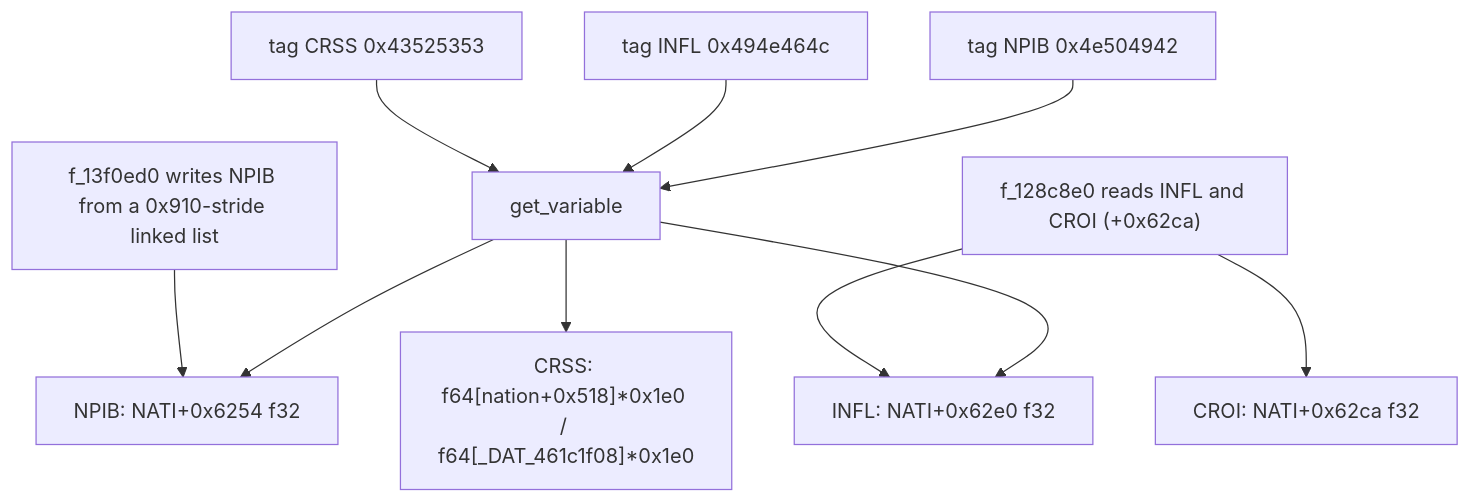
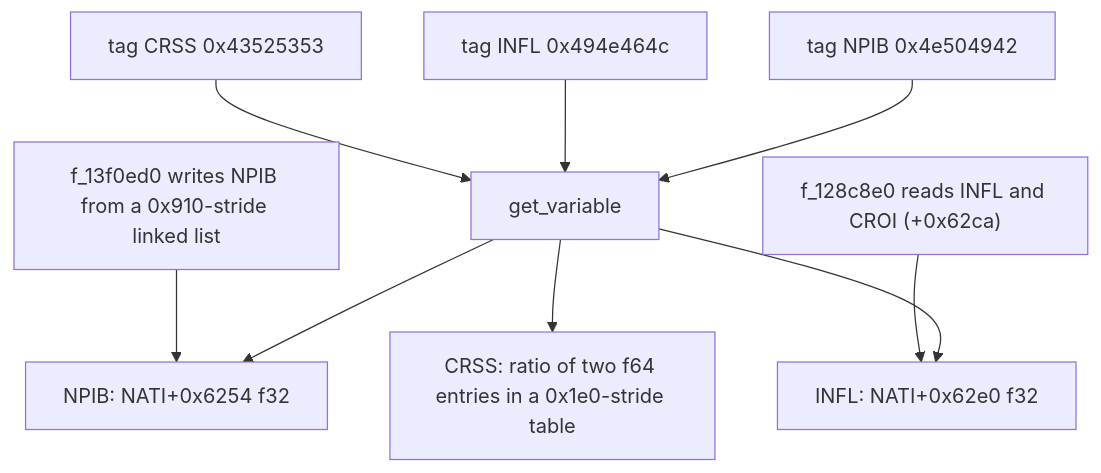
The eighth of 8 diagrams in 02_ECONOMY.md (CthulhuOnIce/GPS-Docs), drawn with Mermaid before and after one commit. The commit also changed other lines of this file and 5 other files, not shown here.

````diff
--- a/02_ECONOMY.md
+++ b/02_ECONOMY.md
@@ -932,12 +993,11 @@
 ```mermaid
 flowchart TD
     T1["tag NPIB 0x4e504942"] --> GV["get_variable"]
     T2["tag INFL 0x494e464c"] --> GV
     T3["tag CRSS 0x43525353"] --> GV
     GV --> F1["NPIB: NATI+0x6254 f32"]
     GV --> F2["INFL: NATI+0x62e0 f32"]
-    GV --> F3["CRSS: f64[nation+0x518]*0x1e0 / f64[_DAT_461c1f08]*0x1e0"]
+    GV --> F3["CRSS: ratio of two f64 entries in a 0x1e0-stride table"]
     W["f_13f0ed0 writes NPIB from a 0x910-stride linked list"] --> F1
     G["f_128c8e0 reads INFL and CROI (+0x62ca)"] --> F2
-    G --> CROI["CROI: NATI+0x62ca f32"]
 ```
````
